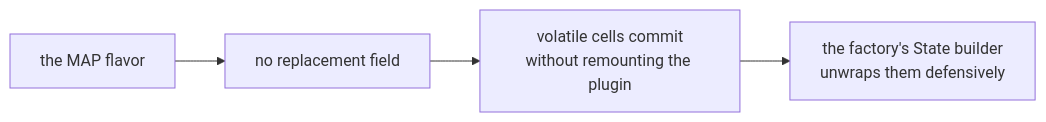
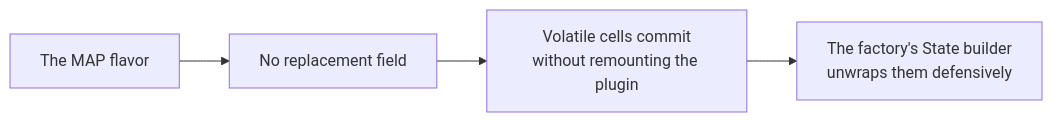
The diagram in Source/Content/Mermaid/quotes-no-replacement.mmd (PlayForm/Site-DeepSeek), drawn with Mermaid before and after one commit. The commit also changed 221 other files, not shown here.

```diff
--- a/Source/Content/Mermaid/quotes-no-replacement.mmd
+++ b/Source/Content/Mermaid/quotes-no-replacement.mmd
@@ -1,4 +1,4 @@
 flowchart LR
-	MAP["the MAP flavor"] --> NONE["no replacement field"]
-	NONE --> VOL["volatile cells commit<br/>without remounting the plugin"]
-	VOL --> UNWRAP["the factory's State builder<br/>unwraps them defensively"]
+	MAP["The MAP flavor"] --> NONE["No replacement field"]
+	NONE --> VOL["Volatile cells commit<br/>without remounting the plugin"]
+	VOL --> UNWRAP["The factory's State builder<br/>unwraps them defensively"]
```
